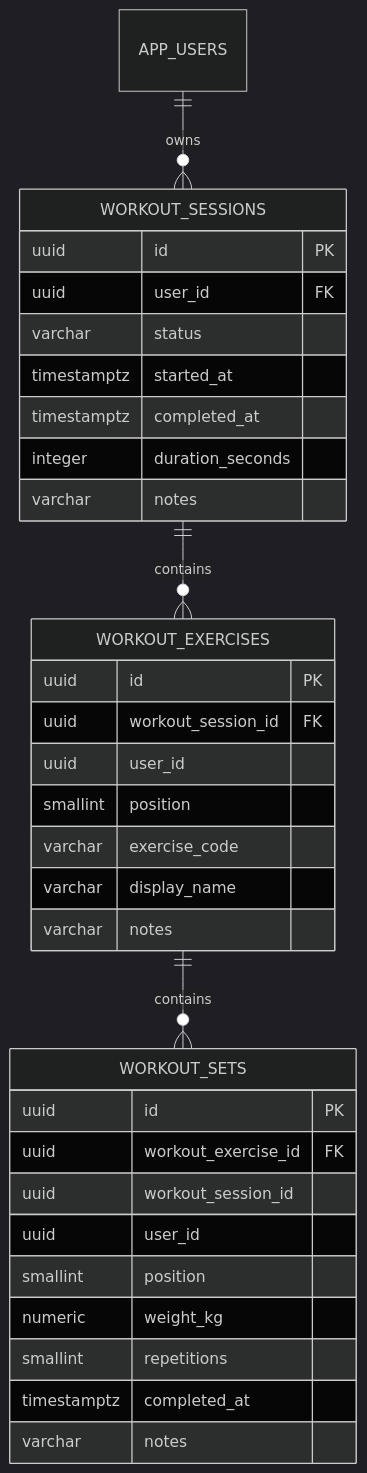
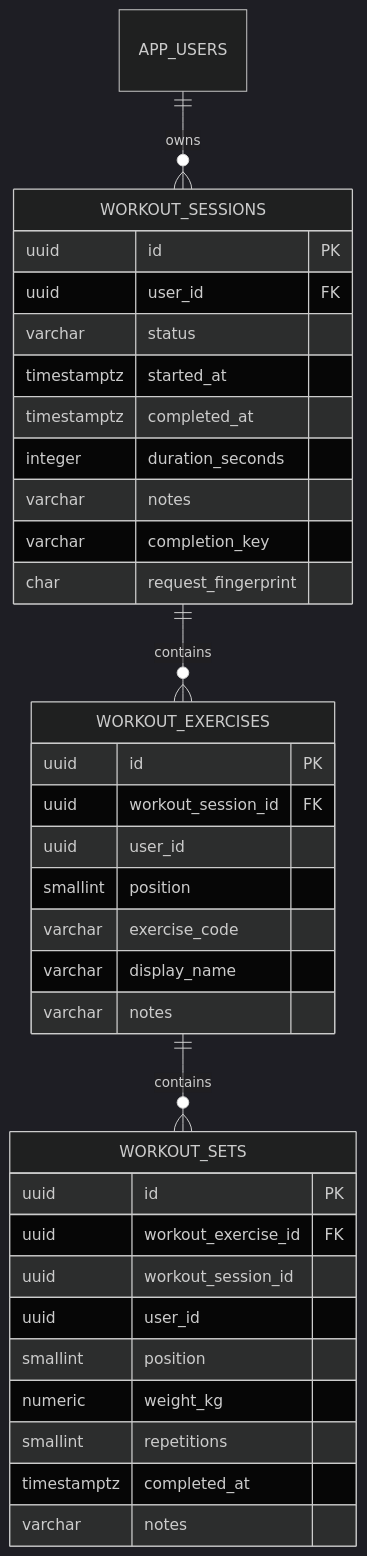
The diagram in documentation/architecture/data/WORKOUT_SCHEMA.md (eszy09/Project_MT), drawn with Mermaid (dark theme) before and after one commit. The commit also changed other lines of this file and 12 other files, not shown here.

````diff
--- a/documentation/architecture/data/WORKOUT_SCHEMA.md
+++ b/documentation/architecture/data/WORKOUT_SCHEMA.md
@@ -8,38 +8,40 @@
 ```mermaid
 erDiagram
   APP_USERS ||--o{ WORKOUT_SESSIONS : owns
   WORKOUT_SESSIONS ||--o{ WORKOUT_EXERCISES : contains
   WORKOUT_EXERCISES ||--o{ WORKOUT_SETS : contains
 
   WORKOUT_SESSIONS {
     uuid id PK
     uuid user_id FK
     varchar status
     timestamptz started_at
     timestamptz completed_at
     integer duration_seconds
     varchar notes
+    varchar completion_key
+    char request_fingerprint
   }
 
   WORKOUT_EXERCISES {
     uuid id PK
     uuid workout_session_id FK
     uuid user_id
     smallint position
     varchar exercise_code
     varchar display_name
     varchar notes
   }
 
   WORKOUT_SETS {
     uuid id PK
     uuid workout_exercise_id FK
     uuid workout_session_id
     uuid user_id
     smallint position
     numeric weight_kg
     smallint repetitions
     timestamptz completed_at
     varchar notes
   }
 ```
````
